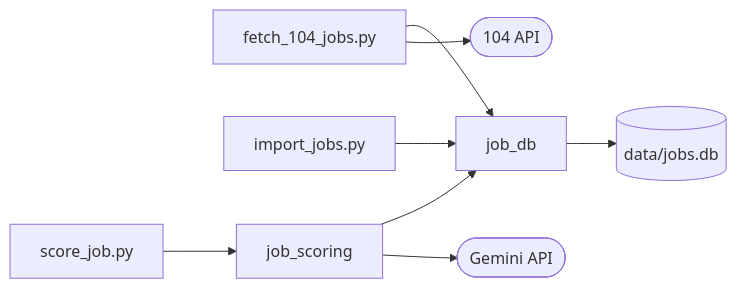
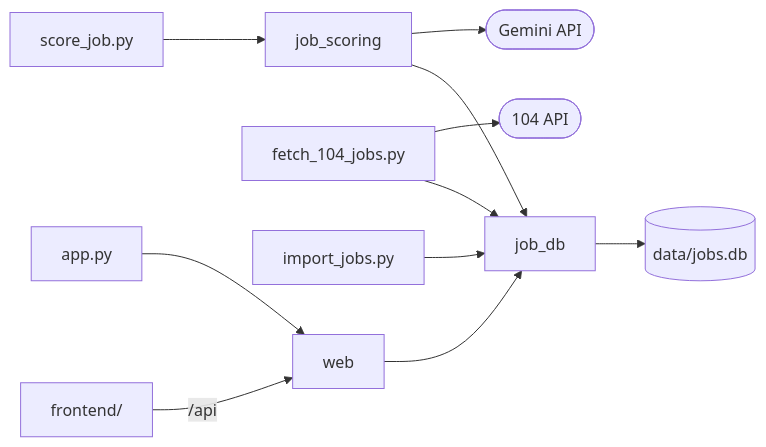
The diagram in docs/tech/architecture.md (dlhdb/job-matching), drawn with Mermaid before and after one commit. The commit also changed other lines of this file and 8 other files, not shown here.

````diff
--- a/docs/tech/architecture.md
+++ b/docs/tech/architecture.md
@@ -18,10 +22,13 @@
 ```mermaid
 flowchart LR
-    fetch["fetch_104_jobs.py"] --> jobdb["job_db"]
+    frontend["frontend/"] -->|"/api"| web["web"]
+    app["app.py"] --> web
+    web --> jobdb["job_db"]
+    fetch["fetch_104_jobs.py"] --> jobdb
     imp["import_jobs.py"] --> jobdb
     score["score_job.py"] --> scoring["job_scoring"]
     scoring --> jobdb
     jobdb --> db[("data/jobs.db")]
     fetch --> api104(["104 API"])
     scoring --> gemini(["Gemini API"])
 ```
````
